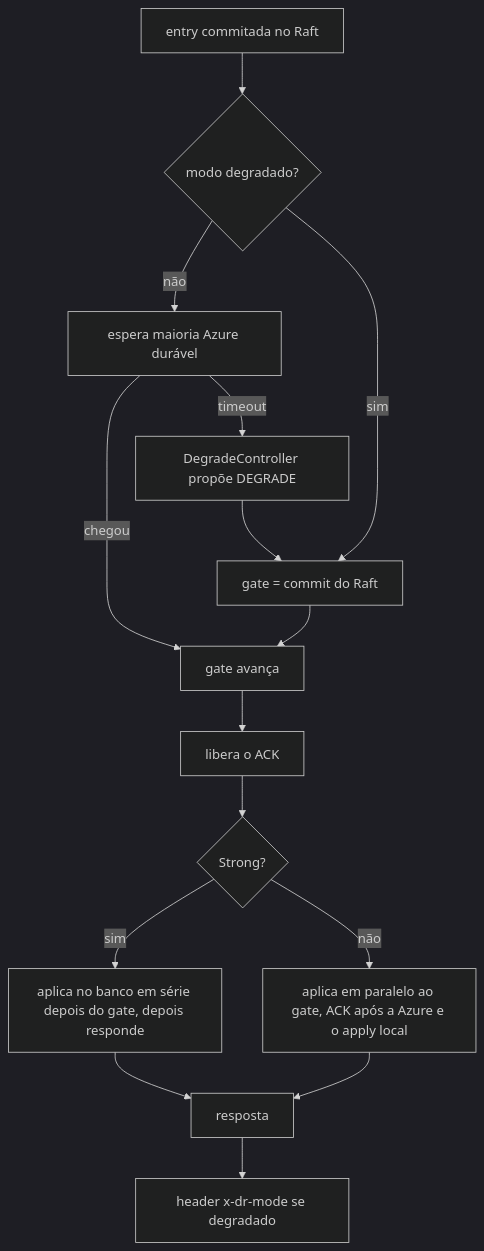
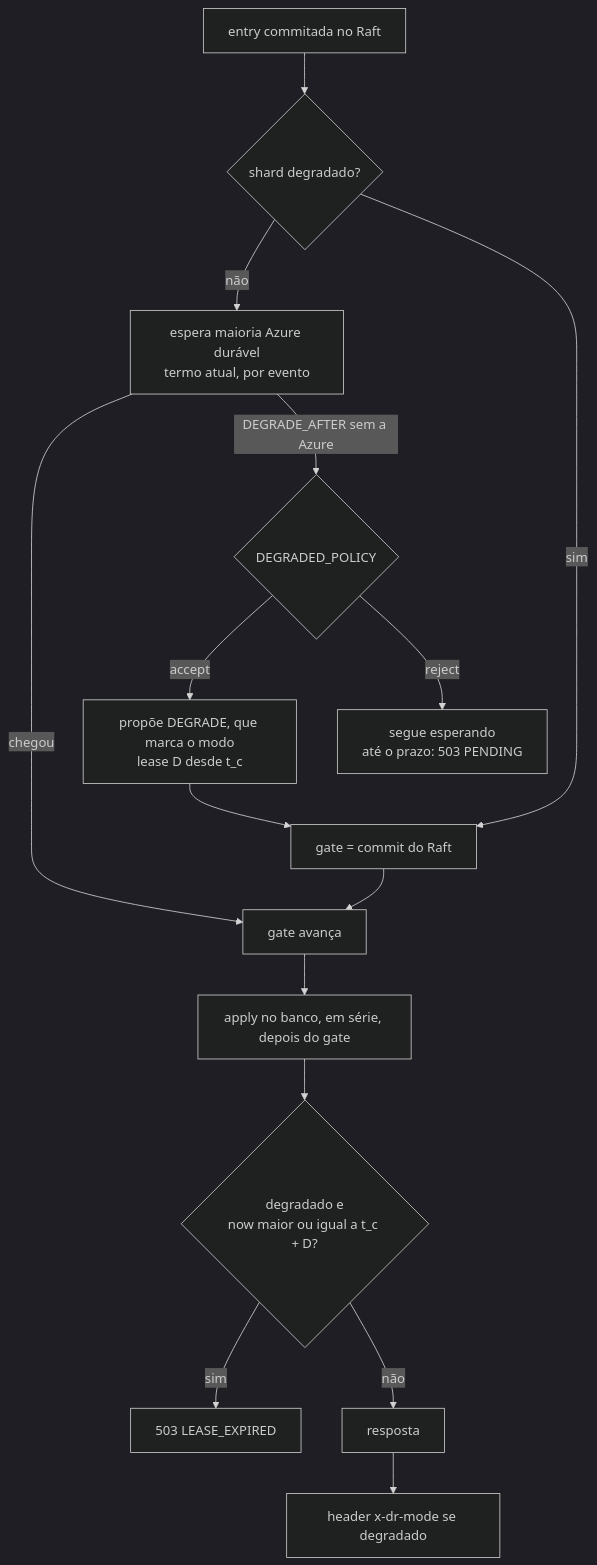
The seventh of 10 diagrams in 05_implementacao/02_desenho_e_diagramas.md (brbarmex/k), drawn with Mermaid (dark theme) before and after one commit. The commit also changed other lines of this file and 139 other files, not shown here.

````diff
--- a/05_implementacao/02_desenho_e_diagramas.md
+++ b/05_implementacao/02_desenho_e_diagramas.md
@@ -215,17 +225,17 @@
 ```mermaid
 flowchart TD
-    A["entry commitada no Raft"] --> B{"modo degradado?"}
-    B -->|não| C["espera maioria Azure durável"]
+    A["entry commitada no Raft"] --> B{"shard degradado?"}
+    B -->|não| C["espera maioria Azure durável<br/>termo atual, por evento"]
     B -->|sim| D["gate = commit do Raft"]
     C -->|chegou| E["gate avança"]
-    C -->|timeout| F["DegradeController propõe DEGRADE"]
+    C -->|"DEGRADE_AFTER sem a Azure"| P{"DEGRADED_POLICY"}
+    P -->|accept| F["propõe DEGRADE, que marca o modo<br/>lease D desde t_c"]
+    P -->|reject| R["segue esperando<br/>até o prazo: 503 PENDING"]
     F --> D
     D --> E
-    E --> G["libera o ACK"]
-    G --> H{"Strong?"}
-    H -->|sim| I["aplica no banco em série depois do gate, depois responde"]
-    H -->|não| J["aplica em paralelo ao gate, ACK após a Azure e o apply local"]
-    I --> K["resposta"]
-    J --> K
-    K --> L["header x-dr-mode se degradado"]
+    E --> G["apply no banco, em série, depois do gate"]
+    G --> L{"degradado e<br/>now maior ou igual a t_c + D?"}
+    L -->|sim| X["503 LEASE_EXPIRED"]
+    L -->|não| K["resposta"]
+    K --> M["header x-dr-mode se degradado"]
 ```
````
